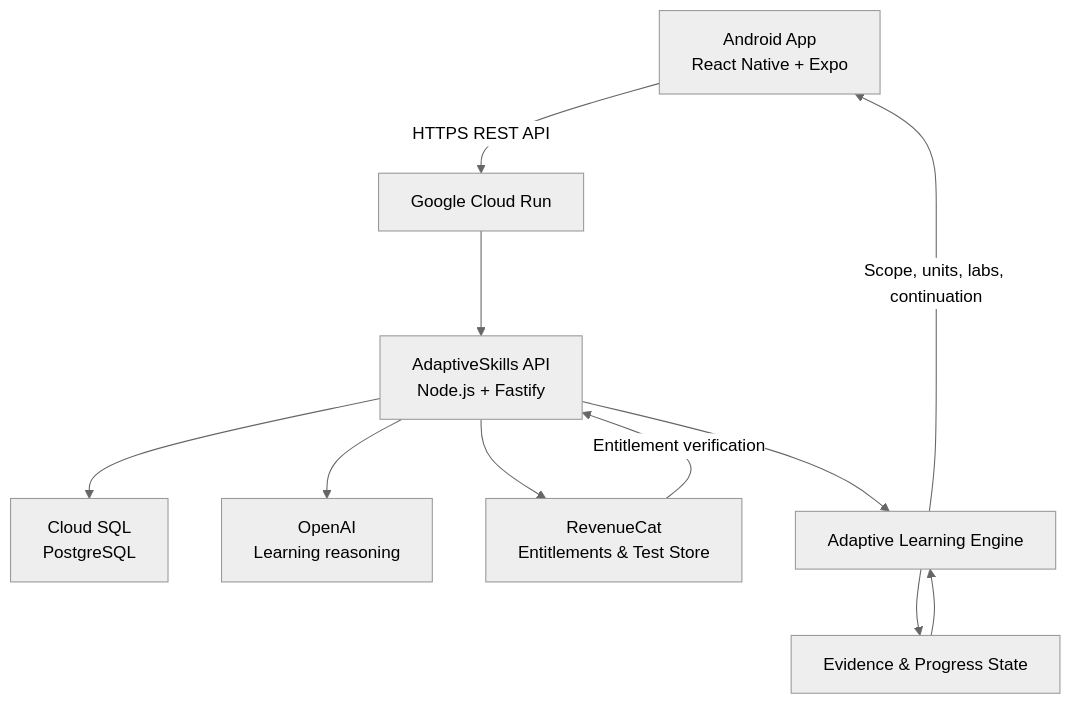
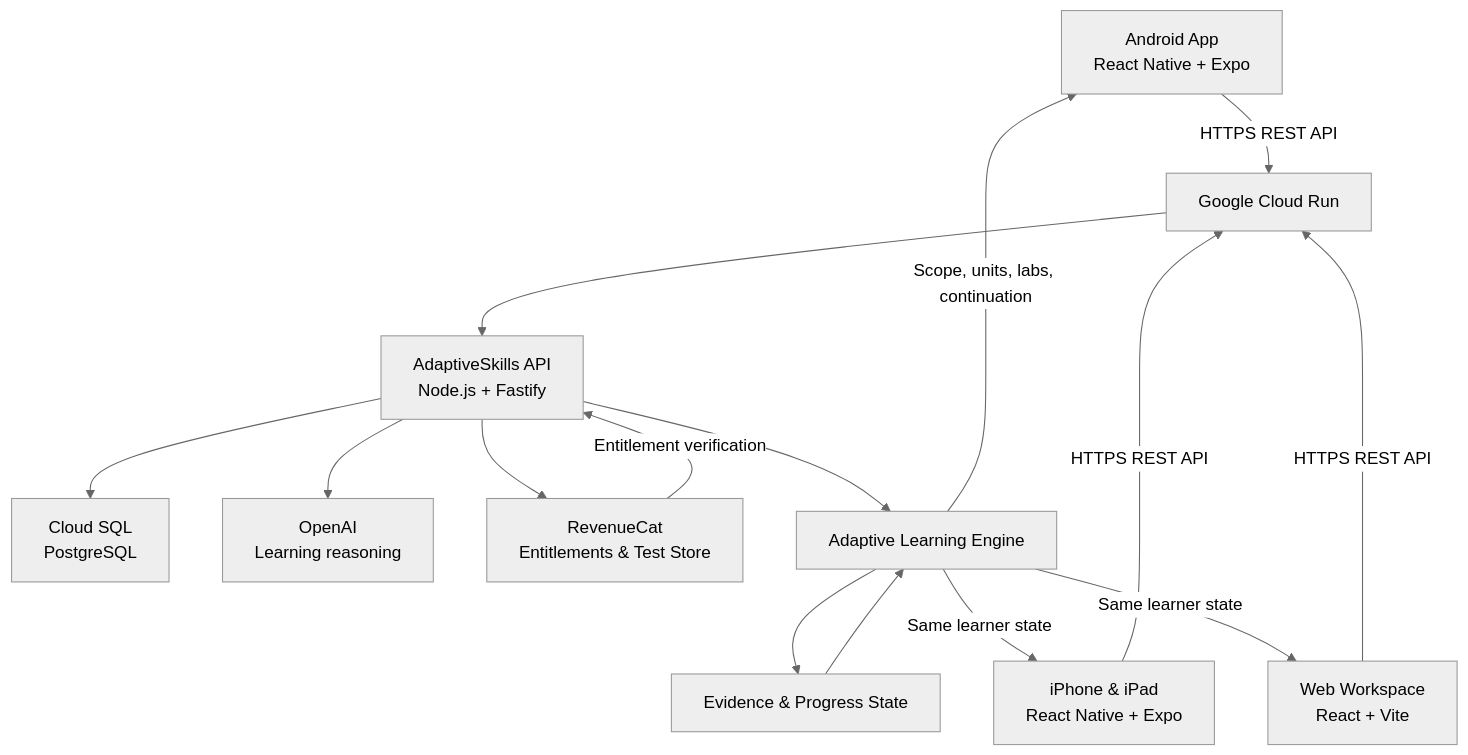
The diagram in README.md (khushira2244/AdaptiveSkills), drawn with Mermaid (neutral theme) before and after one commit. The commit also changed other lines of this file and 4 other files, not shown here.

````diff
--- a/README.md
+++ b/README.md
@@ -137,22 +143,28 @@
 ```mermaid
 flowchart TD
     A[Android App<br/>React Native + Expo]
+    I[iPhone & iPad<br/>React Native + Expo]
+    W[Web Workspace<br/>React + Vite]
     C[Google Cloud Run]
     B[AdaptiveSkills API<br/>Node.js + Fastify]
     D[Cloud SQL<br/>PostgreSQL]
     E[OpenAI<br/>Learning reasoning]
     F[RevenueCat<br/>Entitlements & Test Store]
     G[Adaptive Learning Engine]
     H[Evidence & Progress State]
 
     A -->|HTTPS REST API| C
+    I -->|HTTPS REST API| C
+    W -->|HTTPS REST API| C
     C --> B
     B --> D
     B --> E
     B --> F
     B --> G
     G --> H
     H --> G
     G -->|Scope, units, labs, continuation| A
+    G -->|Same learner state| I
+    G -->|Same learner state| W
     F -->|Entitlement verification| B
 ```
````
